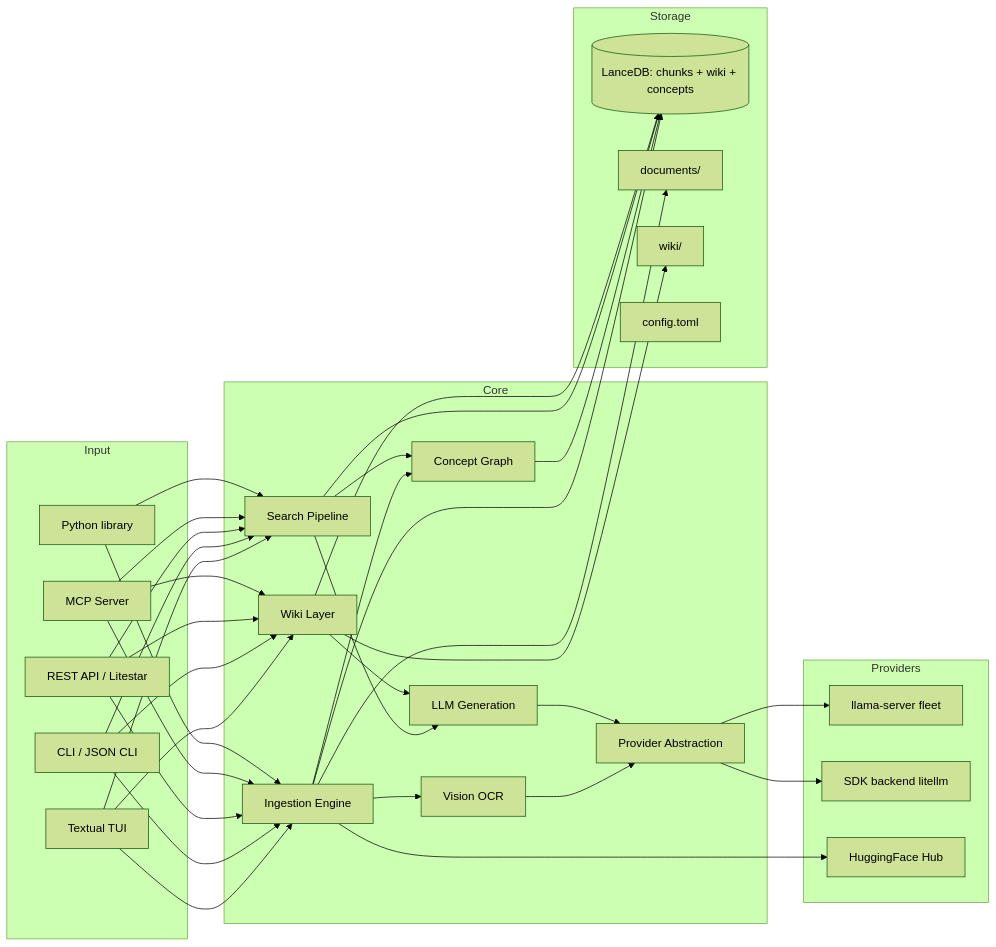
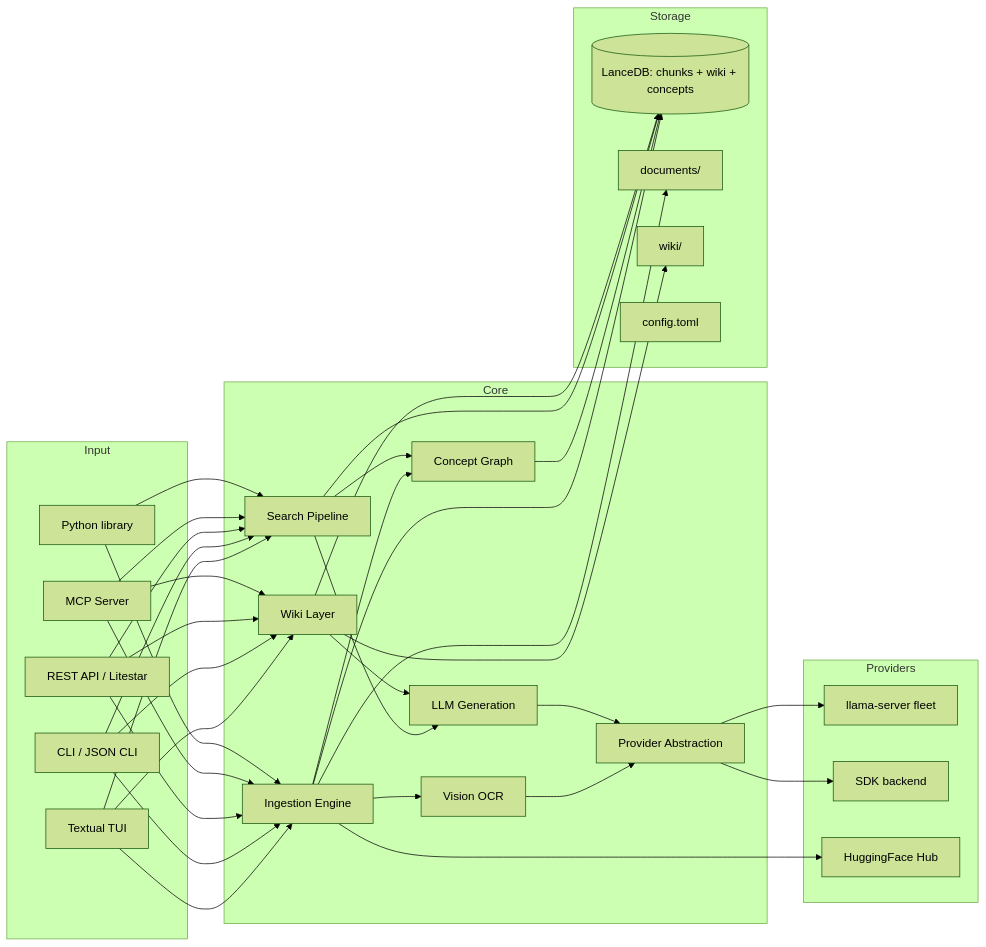
Before and after one commit to tobocop2/lilbee: the first of 15 diagrams in docs/architecture.md, drawn with Mermaid (forest theme). The commit also changed other lines of this file and 54 other files, not shown here.

````diff
--- a/docs/architecture.md
+++ b/docs/architecture.md
@@ -15,53 +15,53 @@
 ```mermaid
 flowchart LR
     subgraph Input
         TUI[Textual TUI]
         CLI[CLI / JSON CLI]
         API[REST API / Litestar]
         MCP[MCP Server]
         LIB[Python library]
     end
 
     subgraph Core
         INGEST[Ingestion Engine]
         VISION[Vision OCR]
         CONCEPT[Concept Graph]
         SEARCH[Search Pipeline]
         WIKI[Wiki Layer]
         GEN[LLM Generation]
         PROV[Provider Abstraction]
     end
 
     subgraph Storage
         LANCE[(LanceDB: chunks + wiki + concepts)]
         DOCS[documents/]
         WIKIDIR[wiki/]
         CONF[config.toml]
     end
 
     subgraph Providers
         FLEET[llama-server fleet]
-        SDK[SDK backend litellm]
+        SDK[SDK backend]
         HF[HuggingFace Hub]
     end
 
     TUI --> SEARCH & INGEST & WIKI
     CLI --> SEARCH & INGEST & WIKI
     API --> SEARCH & INGEST & WIKI
     MCP --> SEARCH & INGEST & WIKI
     LIB --> SEARCH & INGEST
 
     INGEST --> LANCE & DOCS
     INGEST --> VISION
     INGEST --> CONCEPT
     CONCEPT --> LANCE
     VISION --> PROV
     SEARCH --> LANCE
     SEARCH --> CONCEPT
     SEARCH --> GEN
     WIKI --> LANCE & WIKIDIR
     WIKI --> GEN
     GEN --> PROV
     PROV --> FLEET & SDK
     INGEST --> HF
 ```
````
